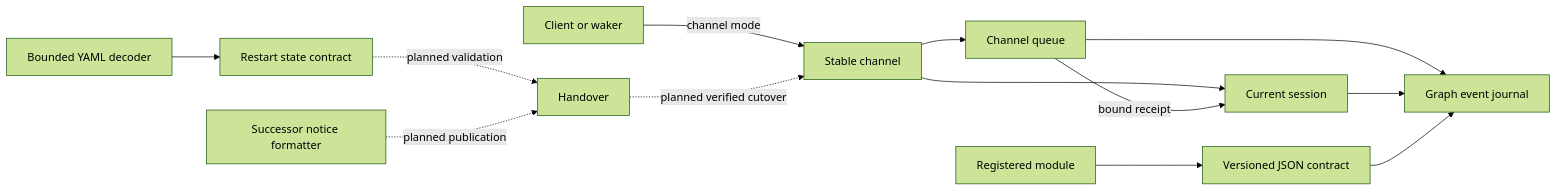
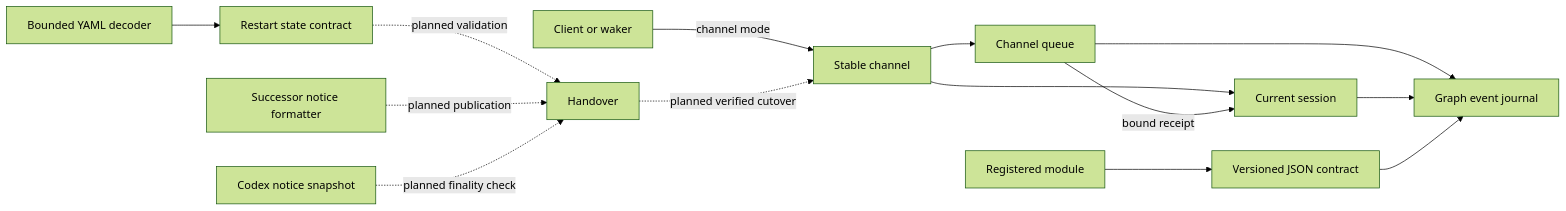
The diagram in docs/design/plexus-architecture.mmd (NestDevLab/agent-mesh), drawn with Mermaid (forest theme) before and after one commit. The commit also changed 6 other files, not shown here.

Commit message:
Inspect correlated Codex final notice snapshots

```diff
--- a/docs/design/plexus-architecture.mmd
+++ b/docs/design/plexus-architecture.mmd
@@ -1,13 +1,14 @@
 flowchart LR
   Client["Client or waker"] -- "channel mode" --> Channel["Stable channel"]
   Channel --> Queue["Channel queue"]
   Channel --> Session["Current session"]
   Queue --> Journal["Graph event journal"]
   Session --> Journal
   Module["Registered module"] --> Contract["Versioned JSON contract"]
   Contract --> Journal
   Queue -- "bound receipt" --> Session
   Yaml["Bounded YAML decoder"] --> Restart
   Restart["Restart state contract"] -. "planned validation" .-> Handover
   Notice["Successor notice formatter"] -. "planned publication" .-> Handover
+  Observation["Codex notice snapshot"] -. "planned finality check" .-> Handover
   Handover["Handover"] -. "planned verified cutover" .-> Channel
```
